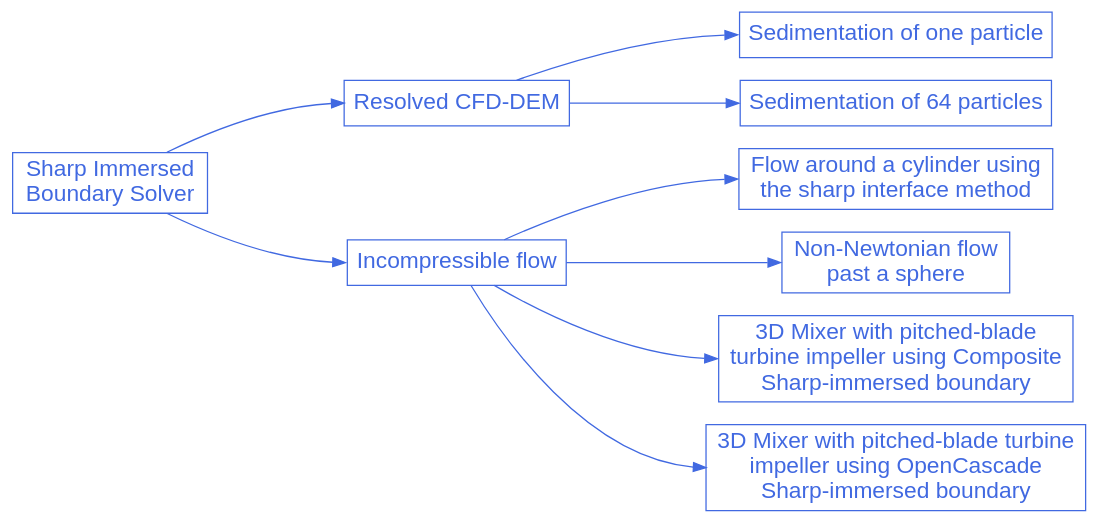
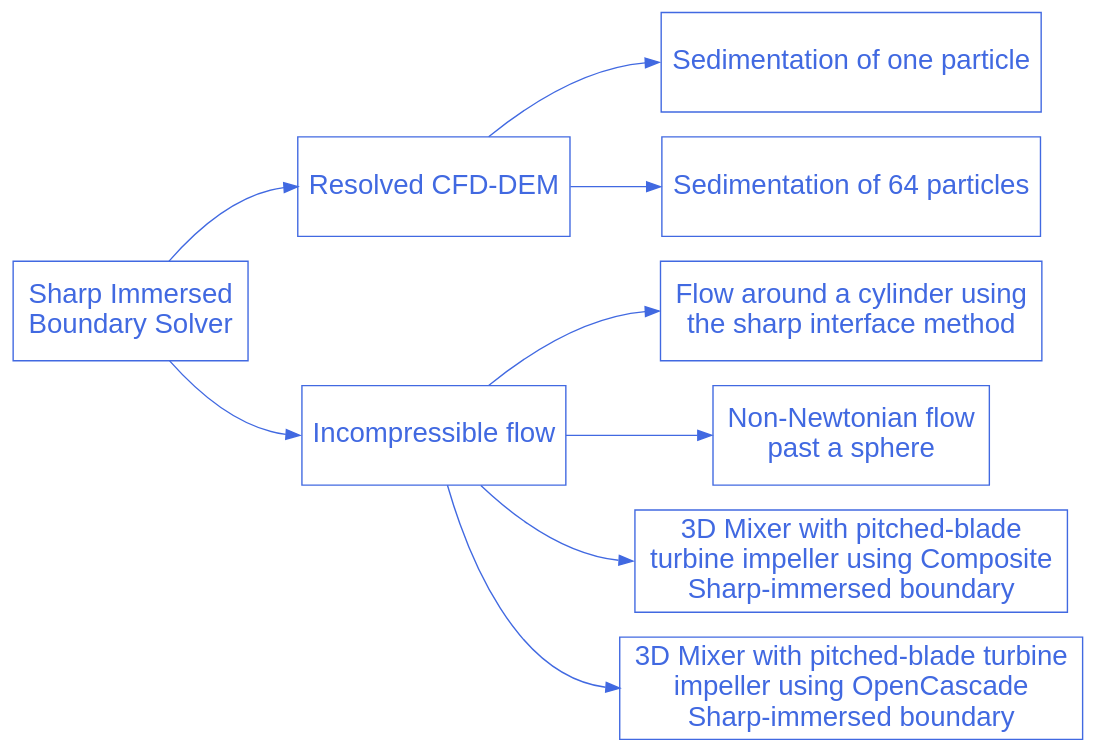
Before and after one commit to chaos-polymtl/lethe: the diagram in doc/source/examples/sharp-immersed-boundary-solver/sharp-immersed-boundary-solver.rst, drawn with Graphviz. The commit also changed 4 other files, not shown here.

First line of the commit message:
Fix links in example diagrams in documentation (#804)

```diff
--- a/doc/source/examples/sharp-immersed-boundary-solver/sharp-immersed-boundary-solver.rst
+++ b/doc/source/examples/sharp-immersed-boundary-solver/sharp-immersed-boundary-solver.rst
@@ -13,37 +13,37 @@
 .. graphviz:: 
 
     digraph sharp_diagram {
-      graph [bgcolor="transparent", align=true, ranksep=1.5];
-      node [fontname=Arial, fontsize=18, shape=box, fontcolor=royalblue, color=royalblue];
+      graph [bgcolor="transparent", align=true];
+      node [fontname=Arial, fontsize=20, shape=box, fontcolor=royalblue, color=royalblue, height=1];
       edge [color=royalblue];
       rankdir="LR";
       size = "9,9";
       
       sharp_immersed_boundary_solver [label="Sharp Immersed \nBoundary Solver", href="https://lethe-cfd.github.io/lethe/examples/sharp-immersed-boundary-solver/sharp-immersed-boundary-solver.html"];
 
       sharp_1 [label="Resolved CFD-DEM", href="https://lethe-cfd.github.io/lethe/examples/sharp-immersed-boundary-solver/resolved-cfd-dem.html"];   
 
       sharp_1_1 [label="Sedimentation of one particle", href="https://lethe-cfd.github.io/lethe/examples/sharp-immersed-boundary-solver/sedimentation-1-particle/sedimentation-1-particle.html"]; 
 
       sharp_1_2 [label="Sedimentation of 64 particles", href="https://lethe-cfd.github.io/lethe/examples/sharp-immersed-boundary-solver/sedimentation-64-particles/sedimentation-64-particles.html"]; 
 
       sharp_2 [label="Incompressible flow", href="https://lethe-cfd.github.io/lethe/examples/sharp-immersed-boundary-solver/incompressible-flow.html"];  
 
       sharp_2_1 [label="Flow around a cylinder using \nthe sharp interface method", href="https://lethe-cfd.github.io/lethe/examples/sharp-immersed-boundary-solver/cylinder-with-sharp-interface/cylinder-with-sharp-interface.html", tooltip="Flow around a cylinder using the sharp interface method"]; 
 
       sharp_2_2 [label="Non-Newtonian flow \npast a sphere", href="https://lethe-cfd.github.io/lethe/examples/sharp-immersed-boundary-solver/sphere-carreau-with-sharp-interface/sphere-carreau-with-sharp-interface.html", tooltip="Non-Newtonian flow past a sphere"]; 
 
       sharp_2_3 [label="3D Mixer with pitched-blade \nturbine impeller using Composite \nSharp-immersed boundary", href="https://lethe-cfd.github.io/lethe/examples/sharp-immersed-boundary-solver/3d-composite-mixer-with-pbt-impeller/3d-composite-mixer-with-pbt-impeller.html", tooltip="3D Mixer with pitched-blade turbine impeller using Composite Sharp-immersed boundary"]; 
 
       sharp_2_4 [label="3D Mixer with pitched-blade turbine \nimpeller using OpenCascade \nSharp-immersed boundary", href="https://lethe-cfd.github.io/lethe/examples/sharp-immersed-boundary-solver/3d-opencascade-mixer-with-pbt-impeller/3d-opencascade-mixer-with-pbt-impeller.html", tooltip="3D Mixer with pitched-blade turbine impeller using OpenCascade Sharp-immersed boundary"]; 
 
       sharp_immersed_boundary_solver -> sharp_1:w;
       sharp_immersed_boundary_solver -> sharp_2:w;
 
       sharp_1 -> sharp_1_1:w;
       sharp_1 -> sharp_1_2:w;
       sharp_2 -> sharp_2_1:w;
       sharp_2 -> sharp_2_2:w;
       sharp_2 -> sharp_2_3:w;
       sharp_2 -> sharp_2_4:w;
     }
```
